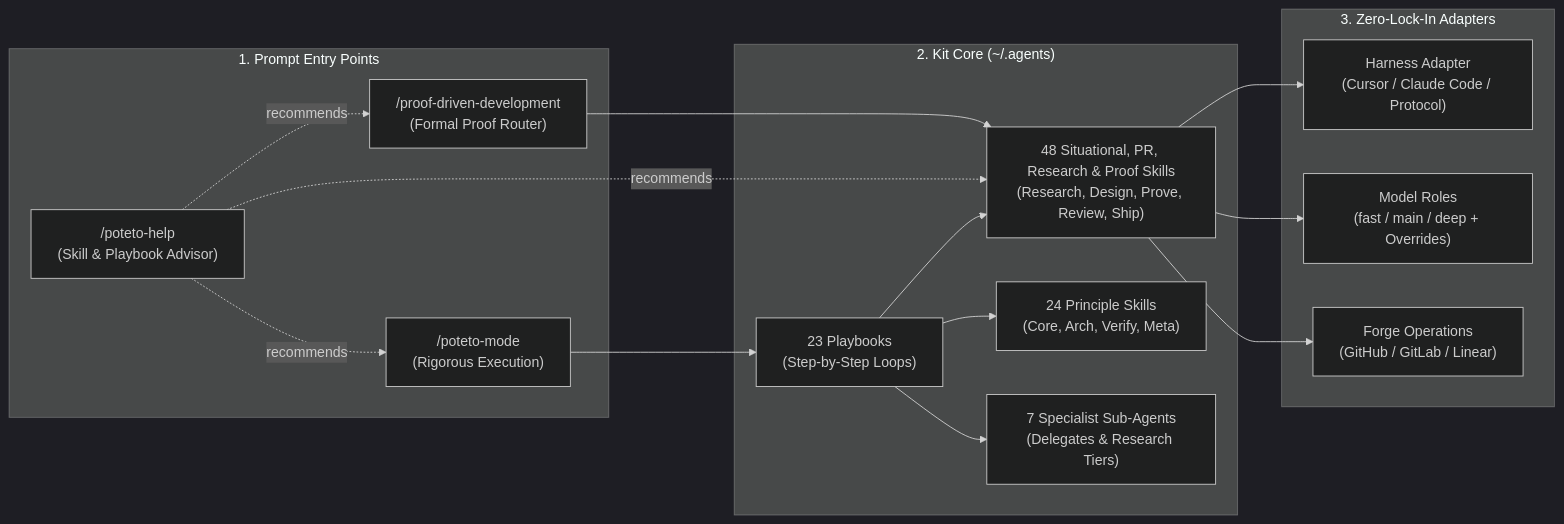
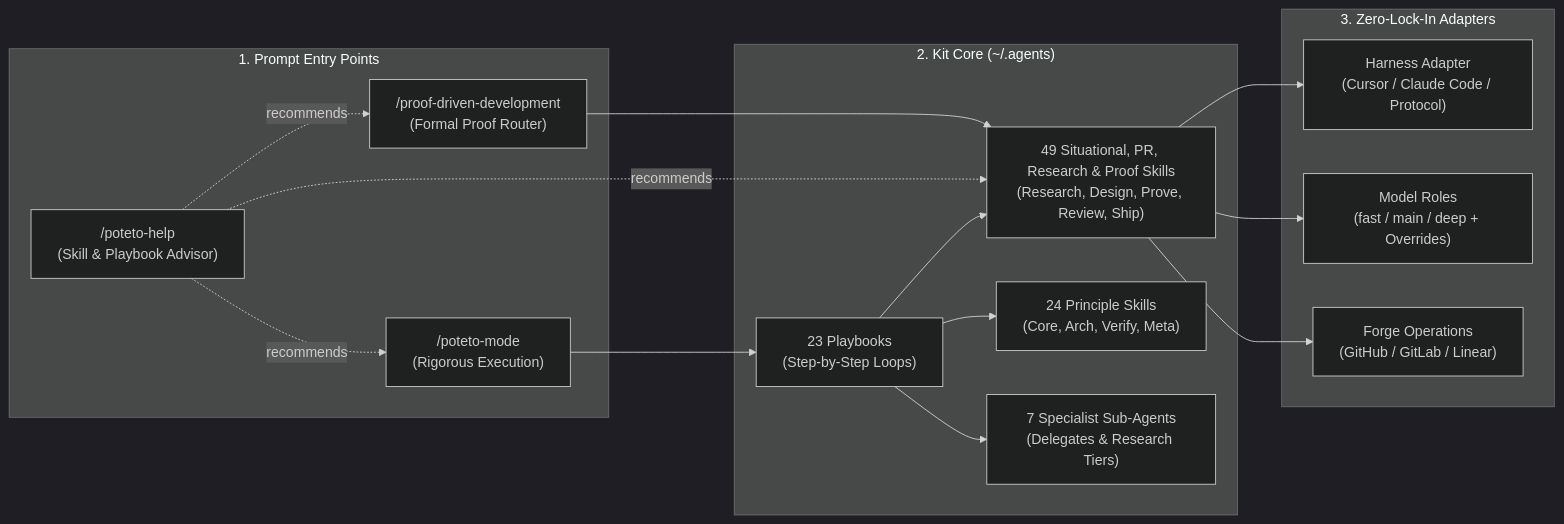
The first of 3 diagrams in README.md (PhillipChaffee/.agents), drawn with Mermaid (dark theme) before and after one commit. The commit also changed other lines of this file and 2 other files, not shown here.

Commit message:
feat(skills): add writing-rules skill for TDD rule authoring and triage

````diff
--- a/README.md
+++ b/README.md
@@ -11,27 +11,27 @@
 ```mermaid
 flowchart LR
     subgraph Input["1. Prompt Entry Points"]
         PM["/poteto-mode<br/>(Rigorous Execution)"]
         PDD["/proof-driven-development<br/>(Formal Proof Router)"]
         PH["/poteto-help<br/>(Skill & Playbook Advisor)"]
     end
 
     subgraph Engine["2. Kit Core (~/.agents)"]
         PB["23 Playbooks<br/>(Step-by-Step Loops)"]
-        SK["48 Situational, PR, Research & Proof Skills<br/>(Research, Design, Prove, Review, Ship)"]
+        SK["49 Situational, PR, Research & Proof Skills<br/>(Research, Design, Prove, Review, Ship)"]
         PR["24 Principle Skills<br/>(Core, Arch, Verify, Meta)"]
         AG["7 Specialist Sub-Agents<br/>(Delegates & Research Tiers)"]
     end
 
     subgraph Adapters["3. Zero-Lock-In Adapters"]
         HarnessAdapter["Harness Adapter<br/>(Cursor / Claude Code / Protocol)"]
         ModelRoles["Model Roles<br/>(fast / main / deep + Overrides)"]
         ForgeOps["Forge Operations<br/>(GitHub / GitLab / Linear)"]
     end
 
     PM --> PB
     PDD --> SK
     PH -.->|"recommends"| PM & PDD & SK
     PB --> SK & PR & AG
     SK --> HarnessAdapter & ModelRoles & ForgeOps
 ```
````
